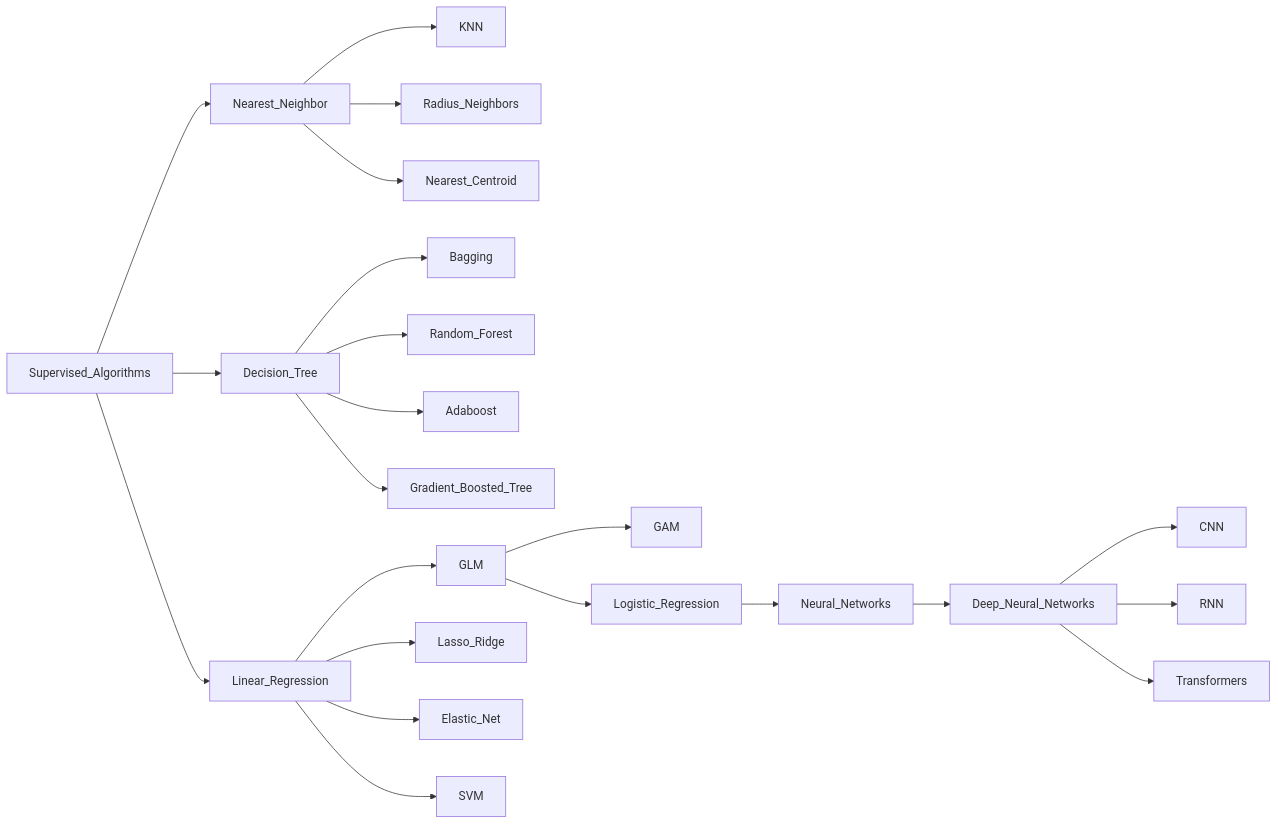
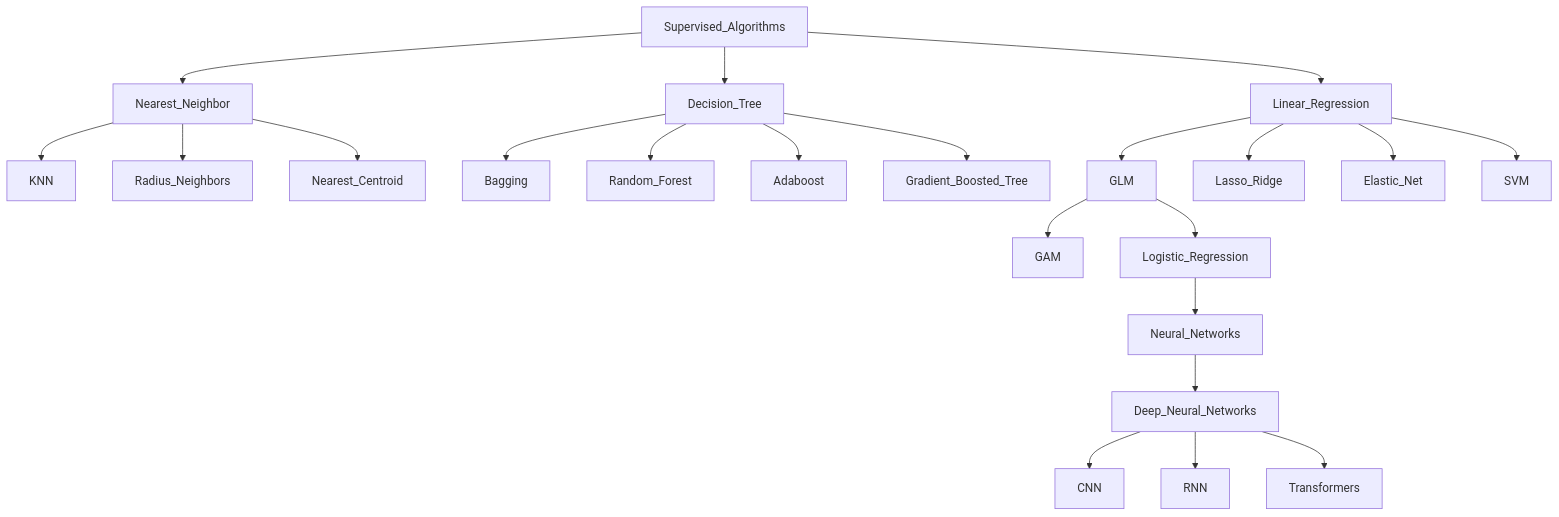
One commit to hwetsman/Public_Notes changed the diagram in ML_Tree.md. Above: the diagram before and after it, drawn with Mermaid.

Commit message:
Refactor: change to TB

````diff
--- a/ML_Tree.md
+++ b/ML_Tree.md
@@ -1,28 +1,28 @@
 ```mermaid
-flowchart LR
+flowchart TB
   Supervised_Algorithms --> Nearest_Neighbor
   Nearest_Neighbor --> KNN
   Nearest_Neighbor --> Radius_Neighbors
   Nearest_Neighbor --> Nearest_Centroid
   Supervised_Algorithms --> Decision_Tree
   Decision_Tree --> Bagging
   Decision_Tree --> Random_Forest
   Decision_Tree --> Adaboost
   Decision_Tree --> Gradient_Boosted_Tree
   Supervised_Algorithms --> Linear_Regression
   Linear_Regression --> GLM
   GLM --> GAM
   GLM --> Logistic_Regression
   Logistic_Regression --> Neural_Networks
   Neural_Networks --> Deep_Neural_Networks
   Deep_Neural_Networks --> CNN
   Deep_Neural_Networks --> RNN
   Deep_Neural_Networks --> Transformers
   Linear_Regression --> Lasso_Ridge
   Linear_Regression --> Elastic_Net
   Linear_Regression --> SVM
 
 
 
 
 ```
````
